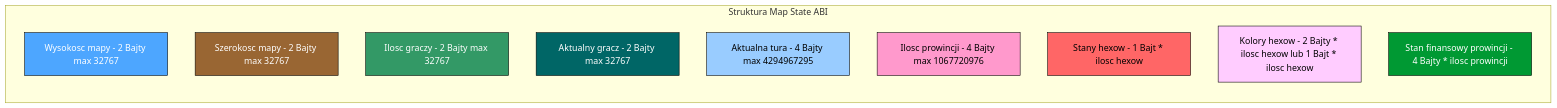
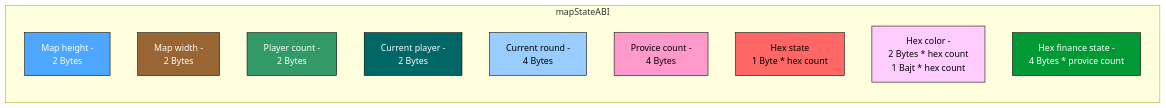
The first of 2 diagrams in readme.md (Kseroten1/Multiyoy), drawn with Mermaid before and after one commit.

Commit message:
english test

````diff
--- a/readme.md
+++ b/readme.md
@@ -4,24 +4,24 @@
 ```mermaid
 flowchart LR
-    subgraph MapStateABI [Struktura Map State ABI]
-        A[Wysokosc mapy - 2 Bajty max 32767]:::blue
-        B[Szerokosc mapy - 2 Bajty max 32767]:::brown
-        C[Ilosc graczy - 2 Bajty max 32767]:::green
-        D[Aktualny gracz - 2 Bajty max 32767]:::teal
-        E[Aktualna tura - 4 Bajty max 4294967295]:::lightblue
-        F[Ilosc prowincji - 4 Bajty max 1067720976]:::pink
-        G[Stany hexow - 1 Bajt * ilosc hexow]:::red
-        H[Kolory hexow - 2 Bajty * ilosc hexow lub 1 Bajt * ilosc hexow]:::violet
-        I[Stan finansowy prowincji - 4 Bajty * ilosc prowincji]:::darkgreen
+    subgraph mapStateABI
+        A[Map height - <br> 2 Bytes]:::blue
+        B[Map width - <br> 2 Bytes]:::brown
+        C[Player count - <br> 2 Bytes]:::green
+        D[Current player - <br> 2 Bytes]:::teal
+        E[Current round - <br> 4 Bytes]:::lightblue
+        F[Provice count - <br> 4 Bytes]:::pink
+        G[Hex state <br> 1 Byte * hex count]:::red
+        H[Hex color - <br> 2 Bytes * hex count <br> 1 Bajt * hex count]:::violet
+        I[Hex finance state - <br> 4 Bytes * provice count]:::darkgreen
     end
 
     classDef blue fill:#4da6ff,stroke:#000,color:#fff;
     classDef brown fill:#996633,stroke:#000,color:#fff;
     classDef green fill:#339966,stroke:#000,color:#fff;
     classDef teal fill:#006666,stroke:#000,color:#fff;
     classDef lightblue fill:#99ccff,stroke:#000,color:#000;
     classDef pink fill:#ff99cc,stroke:#000,color:#000;
     classDef red fill:#ff6666,stroke:#000,color:#000;
     classDef violet fill:#ffccff,stroke:#000,color:#000;
     classDef darkgreen fill:#009933,stroke:#000,color:#fff;
 ```
````
